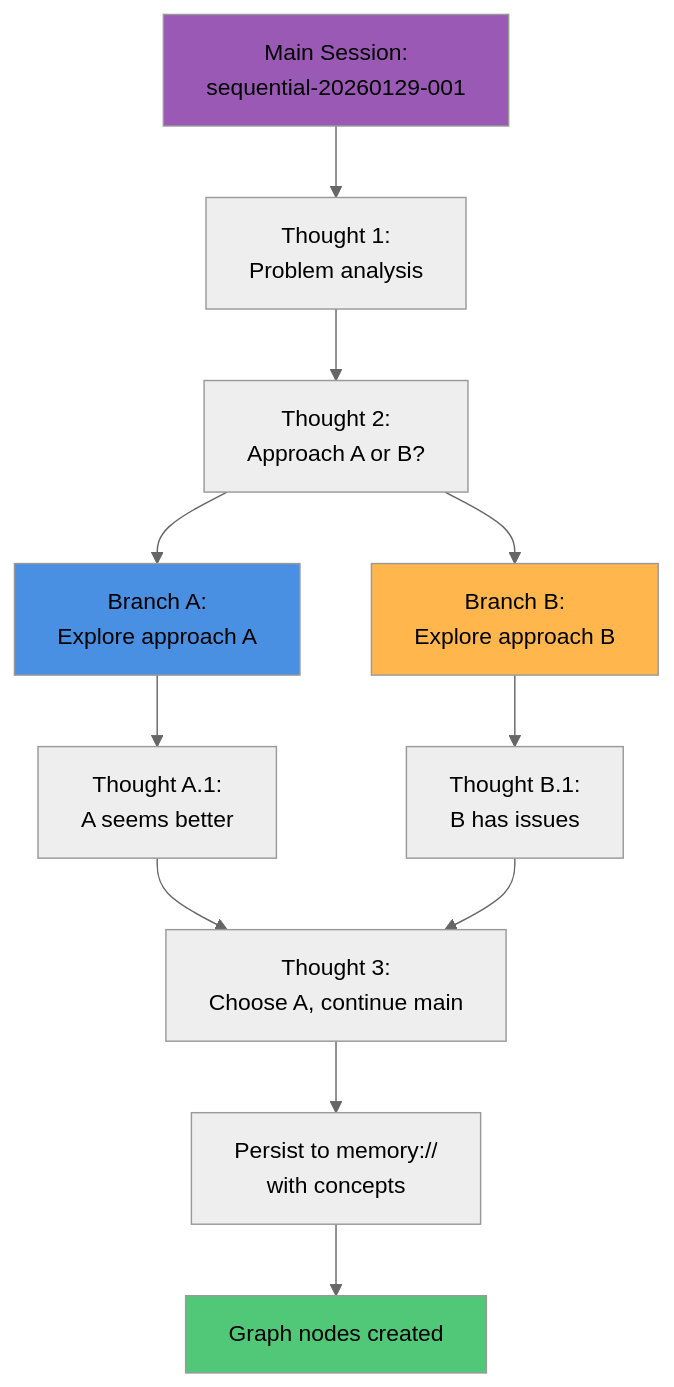
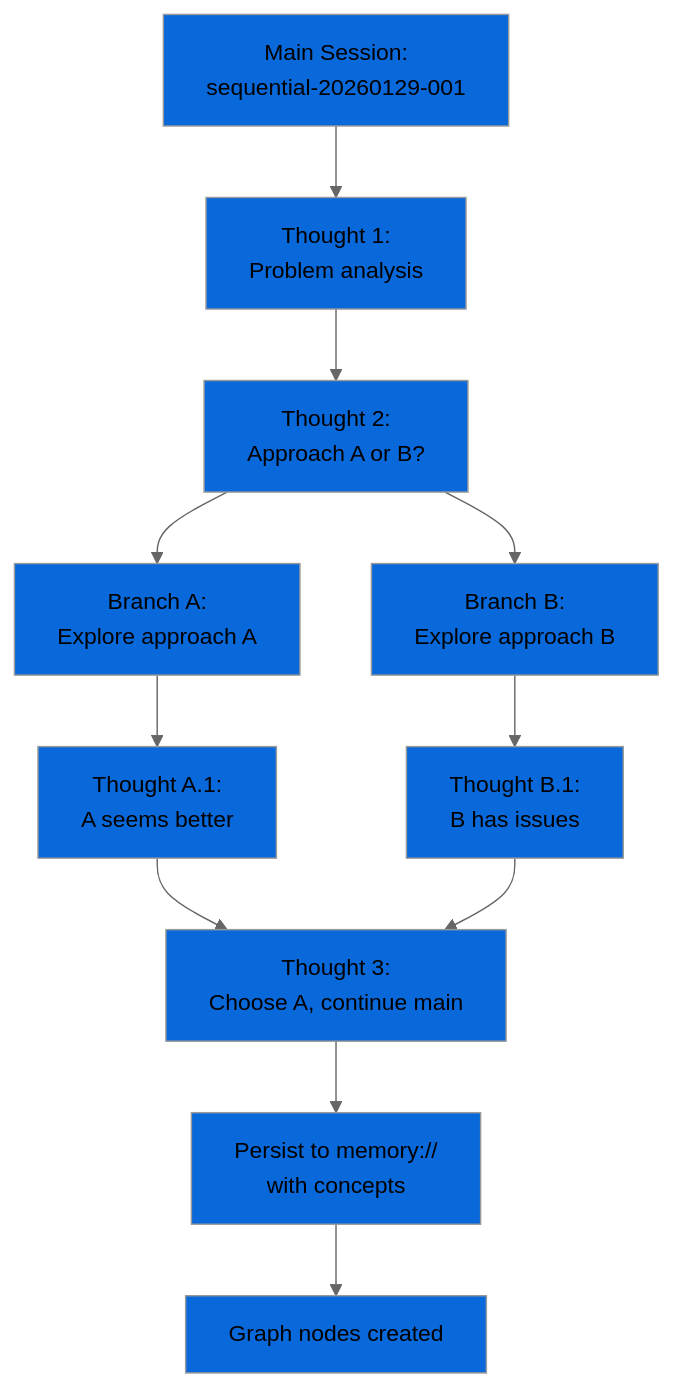
The fourth of 7 diagrams in integrations/skills/maenifold/README.md (msbrettorg/maenifold), drawn with Mermaid (neutral theme) before and after one commit. The commit also changed other lines of this file and 31 other files, not shown here.

````diff
--- a/integrations/skills/maenifold/README.md
+++ b/integrations/skills/maenifold/README.md
@@ -139,22 +141,28 @@
 ```mermaid
 graph TD
     Main[Main Session:<br/>sequential-20260129-001] --> Thought1[Thought 1:<br/>Problem analysis]
     Thought1 --> Thought2[Thought 2:<br/>Approach A or B?]
 
     Thought2 --> BranchA[Branch A:<br/>Explore approach A]
     Thought2 --> BranchB[Branch B:<br/>Explore approach B]
 
     BranchA --> ThoughtA1[Thought A.1:<br/>A seems better]
     BranchB --> ThoughtB1[Thought B.1:<br/>B has issues]
 
     ThoughtA1 --> Merge[Thought 3:<br/>Choose A, continue main]
     ThoughtB1 --> Merge
 
     Merge --> Memory[Persist to memory://<br/>with concepts]
     Memory --> Graph[Graph nodes created]
 
-    style Main fill:#9B59B6
-    style BranchA fill:#4A90E2
-    style BranchB fill:#FFB74D
-    style Graph fill:#50C878
+    style Main fill:#0969DA
+    style Thought1 fill:#0969DA
+    style Thought2 fill:#0969DA
+    style BranchA fill:#0969DA
+    style BranchB fill:#0969DA
+    style ThoughtA1 fill:#0969DA
+    style ThoughtB1 fill:#0969DA
+    style Merge fill:#0969DA
+    style Memory fill:#0969DA
+    style Graph fill:#0969DA
 ```
````
